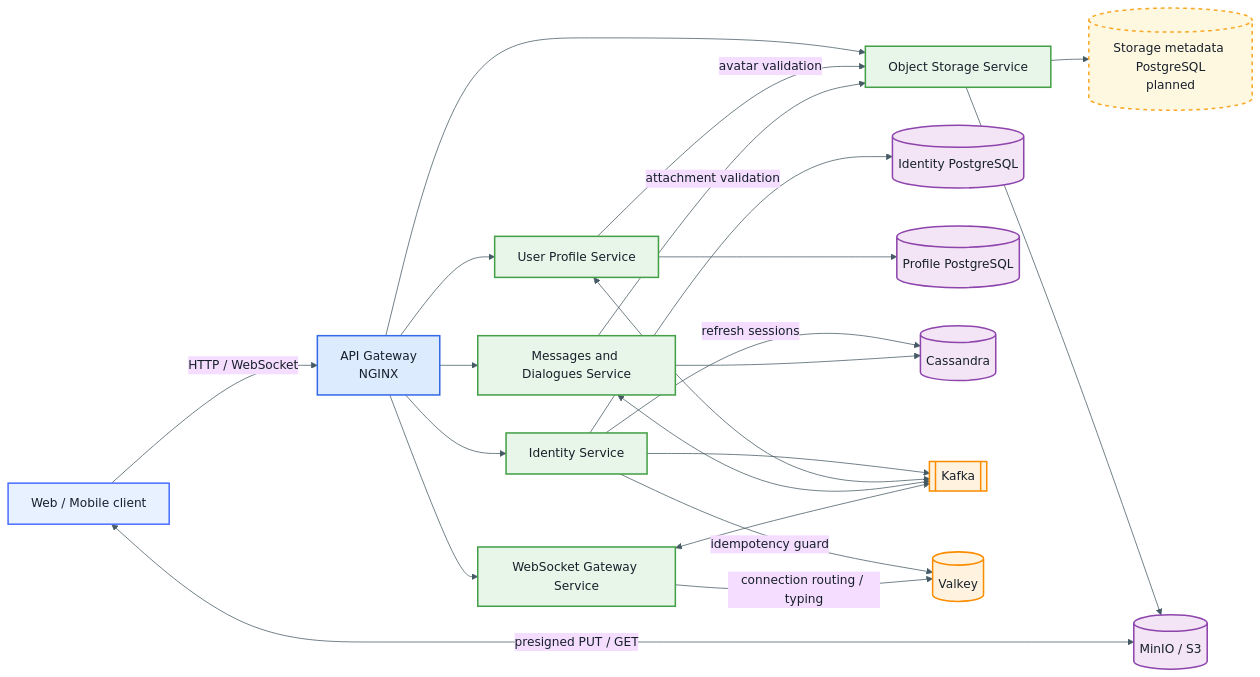
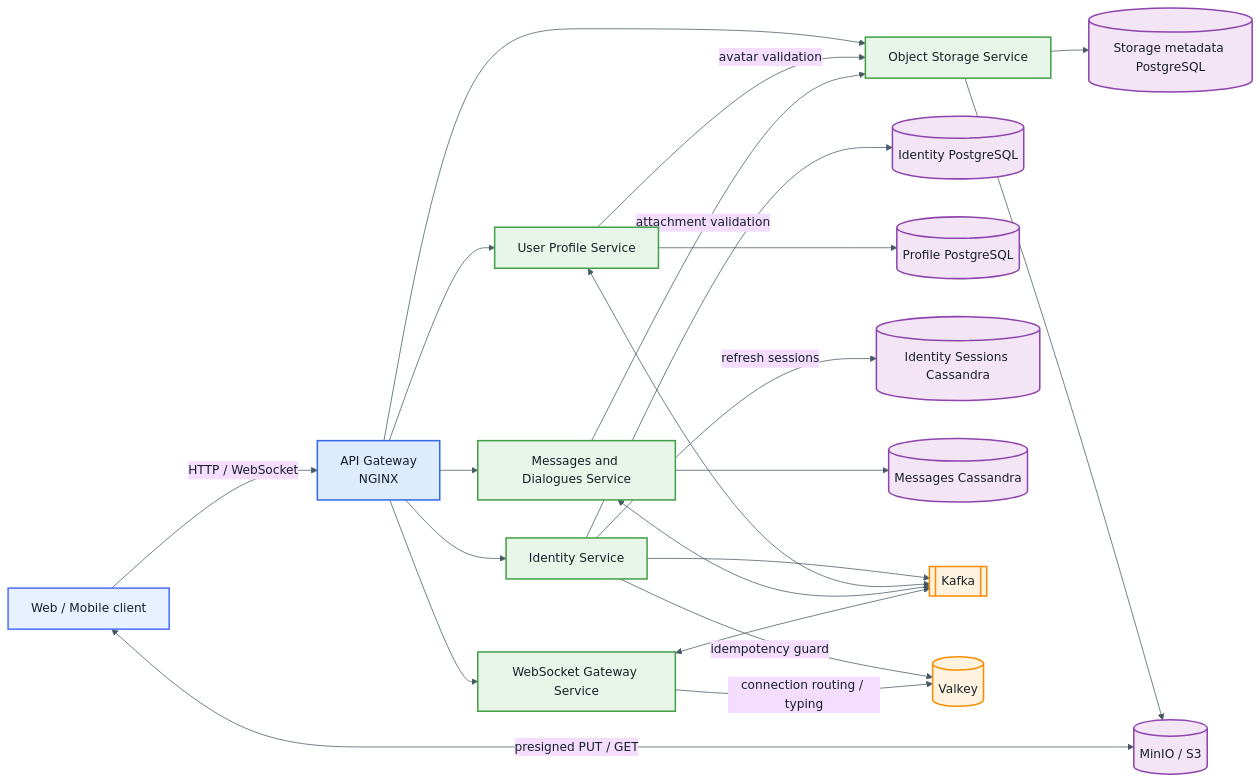
Before and after one commit to yemeal/andruha-messenger: the diagram in docs/project-overview.md, drawn with Mermaid. The commit also changed other lines of this file and 5 other files, not shown here.

````diff
--- a/docs/project-overview.md
+++ b/docs/project-overview.md
@@ -48,54 +48,55 @@
 ```mermaid
 %%{init: {"theme":"base","themeVariables":{"fontFamily":"Inter, Arial, sans-serif","lineColor":"#455A64","primaryTextColor":"#17202A"}}}%%
 flowchart LR
     Client["Web / Mobile client"]:::client
     Gateway["API Gateway<br/>NGINX"]:::edge
 
     Identity["Identity Service"]:::service
     Profile["User Profile Service"]:::service
     Messages["Messages and Dialogues Service"]:::service
     WebSocket["WebSocket Gateway Service"]:::service
     Objects["Object Storage Service"]:::service
 
     IdentityPG[("Identity PostgreSQL")]:::storage
     ProfilePG[("Profile PostgreSQL")]:::storage
-    Cassandra[("Cassandra")]:::storage
-    StorageMeta[("Storage metadata PostgreSQL<br/>planned")]:::planned
+    IdentityCassandra[("Identity Sessions Cassandra")]:::storage
+    MessagesCassandra[("Messages Cassandra")]:::storage
+    StorageMeta[("Storage metadata PostgreSQL")]:::storage
     MinIO[("MinIO / S3")]:::storage
     Kafka[["Kafka"]]:::event
     Valkey[("Valkey")]:::event
 
     Client -->|"HTTP / WebSocket"| Gateway
     Gateway --> Identity
     Gateway --> Profile
     Gateway --> Messages
     Gateway --> WebSocket
     Gateway --> Objects
 
     Identity --> IdentityPG
-    Identity -->|"refresh sessions"| Cassandra
+    Identity -->|"refresh sessions"| IdentityCassandra
     Identity -->|"idempotency guard"| Valkey
     Identity --> Kafka
 
     Profile --> ProfilePG
     Profile <--> Kafka
     Profile -->|"avatar validation"| Objects
 
-    Messages --> Cassandra
+    Messages --> MessagesCassandra
     Messages <--> Kafka
     Messages -->|"attachment validation"| Objects
 
     WebSocket <--> Kafka
     WebSocket -->|"connection routing / typing"| Valkey
 
     Objects --> StorageMeta
     Objects --> MinIO
     Client <-->|"presigned PUT / GET"| MinIO
 
     classDef client fill:#E8F1FF,stroke:#4C6FFF,color:#17202A,stroke-width:2px;
     classDef edge fill:#DDEBFF,stroke:#356AE6,color:#17202A,stroke-width:2px;
     classDef service fill:#E8F5E9,stroke:#43A047,color:#17202A,stroke-width:2px;
     classDef storage fill:#F3E5F5,stroke:#8E44AD,color:#17202A,stroke-width:2px;
     classDef event fill:#FFF3E0,stroke:#FB8C00,color:#17202A,stroke-width:2px;
     classDef planned fill:#FFF8E1,stroke:#F9A825,color:#17202A,stroke-width:2px,stroke-dasharray:5 5;
 ```
````
